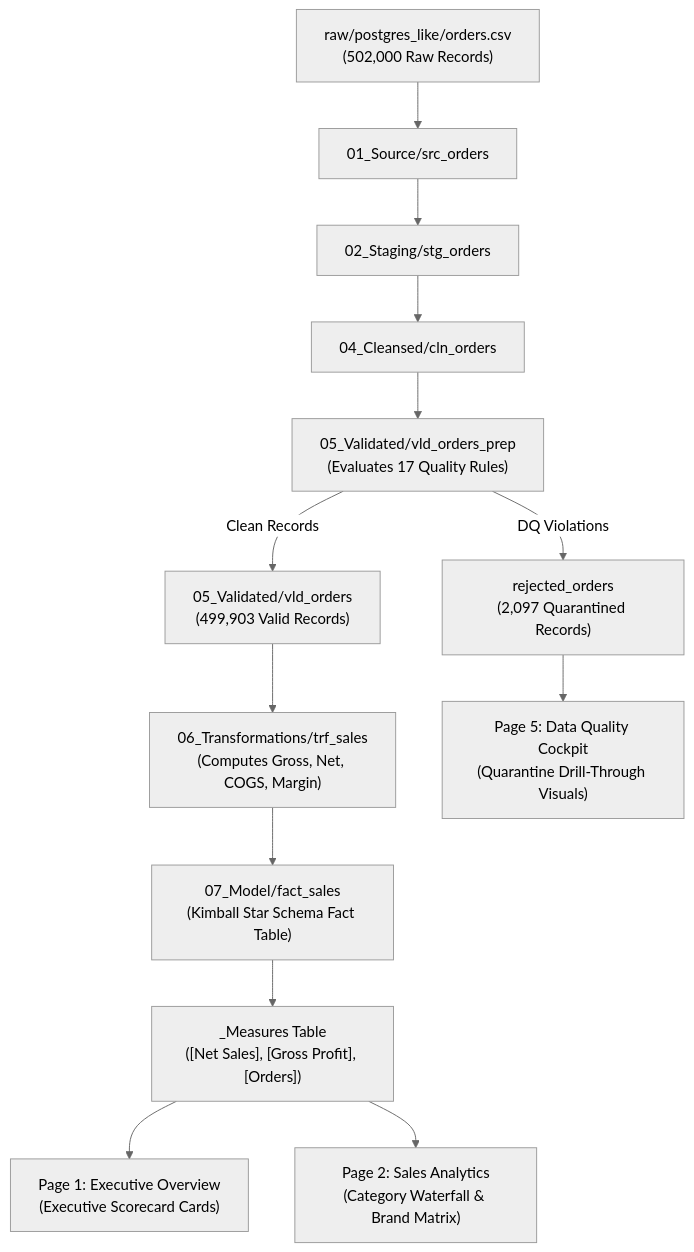
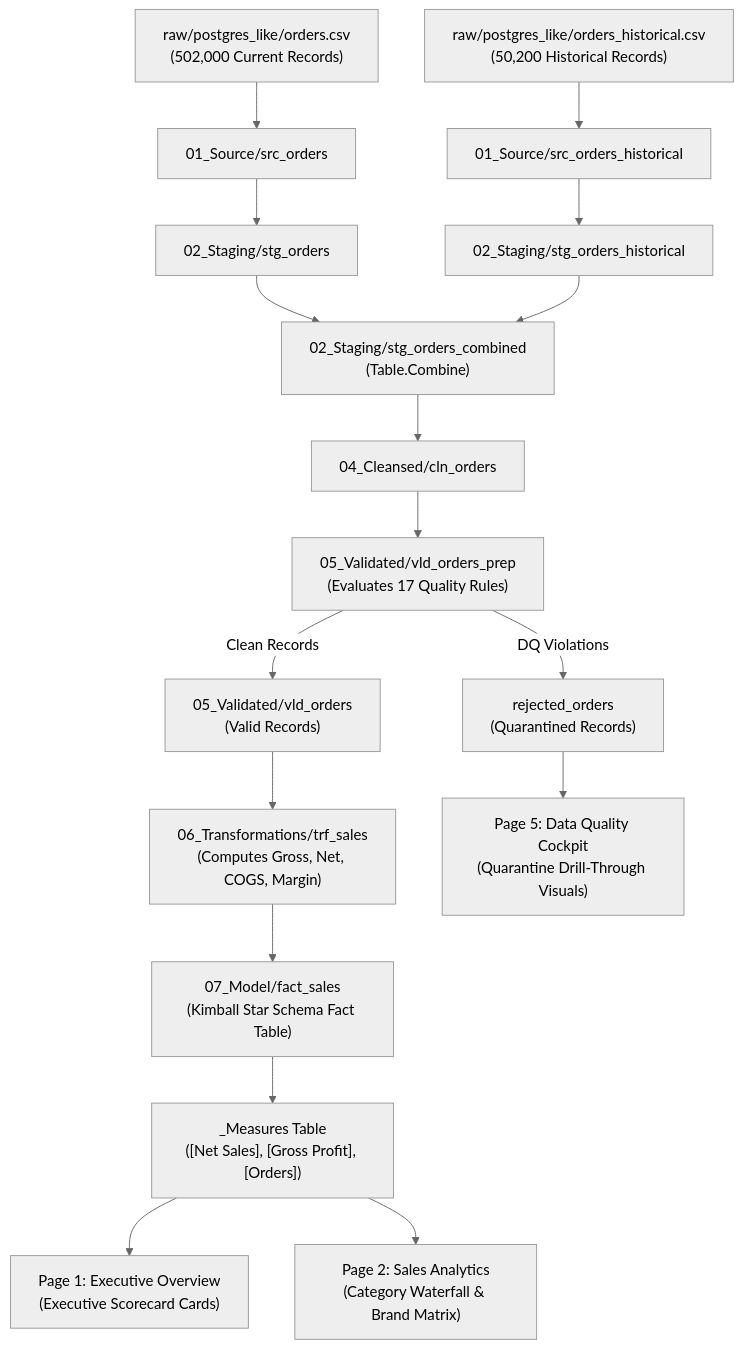
Before and after one commit to Sohila-Khaled-Abbas/egyptian-cosmetics-market: the diagram in docs/powerbi/data_lineage.md, drawn with Mermaid (neutral theme). The commit also changed other lines of this file and 2 other files, not shown here.

Commit message:
docs: document importing orders_historical.csv across Playbooks 02, 04, and data lineage

````diff
--- a/docs/powerbi/data_lineage.md
+++ b/docs/powerbi/data_lineage.md
@@ -30,27 +30,33 @@
 ```mermaid
 flowchart TD
-    RawCSV["raw/postgres_like/orders.csv\n(502,000 Raw Records)"]
+    RawCSV["raw/postgres_like/orders.csv\n(502,000 Current Records)"]
+    RawHist["raw/postgres_like/orders_historical.csv\n(50,200 Historical Records)"]
     SrcOrd["01_Source/src_orders"]
+    SrcHist["01_Source/src_orders_historical"]
     StgOrd["02_Staging/stg_orders"]
+    StgHist["02_Staging/stg_orders_historical"]
+    StgComb["02_Staging/stg_orders_combined\n(Table.Combine)"]
     ClnOrd["04_Cleansed/cln_orders"]
     VldPrep["05_Validated/vld_orders_prep\n(Evaluates 17 Quality Rules)"]
     
-    RejOrd["rejected_orders\n(2,097 Quarantined Records)"]
-    VldOrd["05_Validated/vld_orders\n(499,903 Valid Records)"]
+    RejOrd["rejected_orders\n(Quarantined Records)"]
+    VldOrd["05_Validated/vld_orders\n(Valid Records)"]
     
     TrfSales["06_Transformations/trf_sales\n(Computes Gross, Net, COGS, Margin)"]
     FactSales["07_Model/fact_sales\n(Kimball Star Schema Fact Table)"]
     
     DAXMeasures["_Measures Table\n([Net Sales], [Gross Profit], [Orders])"]
     
     P1["Page 1: Executive Overview\n(Executive Scorecard Cards)"]
     P2["Page 2: Sales Analytics\n(Category Waterfall & Brand Matrix)"]
     P5["Page 5: Data Quality Cockpit\n(Quarantine Drill-Through Visuals)"]
 
-    RawCSV --> SrcOrd --> StgOrd --> ClnOrd --> VldPrep
+    RawCSV --> SrcOrd --> StgOrd --> StgComb
+    RawHist --> SrcHist --> StgHist --> StgComb
+    StgComb --> ClnOrd --> VldPrep
     VldPrep -->|DQ Violations| RejOrd --> P5
     VldPrep -->|Clean Records| VldOrd --> TrfSales --> FactSales
     FactSales --> DAXMeasures
     DAXMeasures --> P1
     DAXMeasures --> P2
 ```
````
